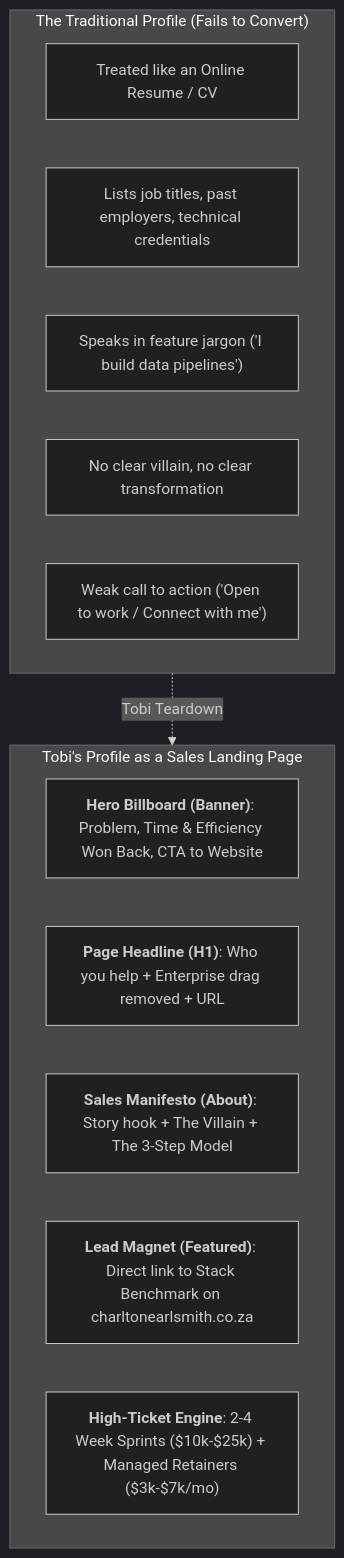
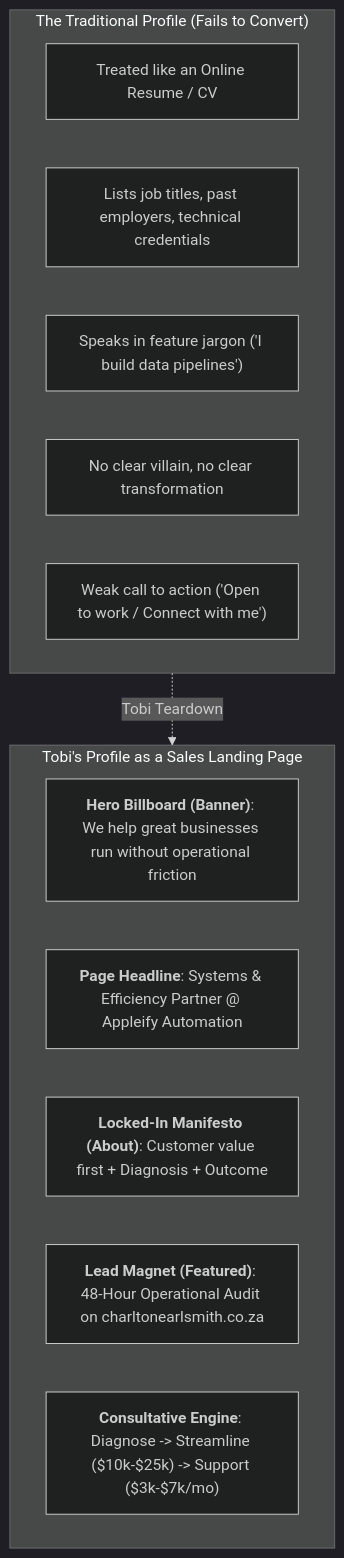
The first of 2 diagrams in STRATEGY.md (charltonsmithfde-debug/opensourcetransformation), drawn with Mermaid (dark theme) before and after one commit. The commit also changed other lines of this file and 4 other files, not shown here.

Commit message:
feat: align all strategy, brand profile, content calendar, and website to locked-in Appleify Automation manifesto

````diff
--- a/STRATEGY.md
+++ b/STRATEGY.md
@@ -25,20 +25,20 @@
 ```mermaid
 flowchart TD
     subgraph FailingProfile["The Traditional Profile (Fails to Convert)"]
         F1["Treated like an Online Resume / CV"]
         F2["Lists job titles, past employers, technical credentials"]
         F3["Speaks in feature jargon ('I build data pipelines')"]
         F4["No clear villain, no clear transformation"]
         F5["Weak call to action ('Open to work / Connect with me')"]
     end
 
     subgraph LandingPageProfile["Tobi's Profile as a Sales Landing Page"]
-        L1["<b>Hero Billboard (Banner)</b>: Problem, Time & Efficiency Won Back, CTA to Website"]
-        L2["<b>Page Headline (H1)</b>: Who you help + Enterprise drag removed + URL"]
-        L3["<b>Sales Manifesto (About)</b>: Story hook + The Villain + The 3-Step Model"]
-        L4["<b>Lead Magnet (Featured)</b>: Direct link to Stack Benchmark on charltonearlsmith.co.za"]
-        L5["<b>High-Ticket Engine</b>: 2-4 Week Sprints ($10k-$25k) + Managed Retainers ($3k-$7k/mo)"]
+        L1["<b>Hero Billboard (Banner)</b>: We help great businesses run without operational friction"]
+        L2["<b>Page Headline</b>: Systems & Efficiency Partner @ Appleify Automation"]
+        L3["<b>Locked-In Manifesto (About)</b>: Customer value first + Diagnosis + Outcome"]
+        L4["<b>Lead Magnet (Featured)</b>: 48-Hour Operational Audit on charltonearlsmith.co.za"]
+        L5["<b>Consultative Engine</b>: Diagnose -> Streamline ($10k-$25k) -> Support ($3k-$7k/mo)"]
     end
 
     FailingProfile -.->|Tobi Teardown| LandingPageProfile
 ```
````
